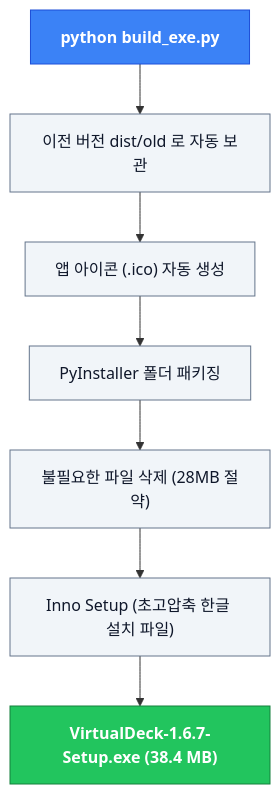
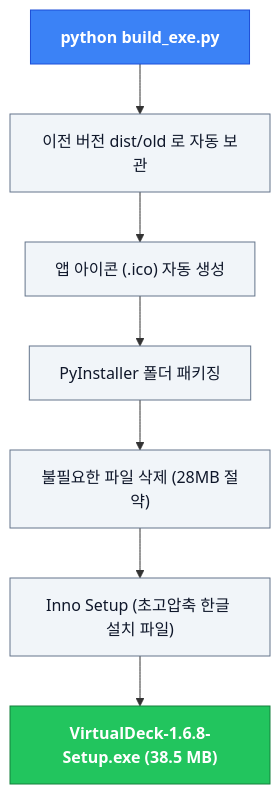
Before and after one commit to sh11025/Virtual_Deck: the seventh of 7 diagrams in README.md, drawn with Mermaid. The commit also changed other lines of this file and 12 other files, not shown here.

````diff
--- a/README.md
+++ b/README.md
@@ -348,13 +350,13 @@
 ```mermaid
 flowchart TD
     classDef head fill:#3b82f6,stroke:#1d4ed8,color:#ffffff,font-weight:bold;
     classDef box fill:#f1f5f9,stroke:#64748b,color:#0f172a;
     classDef done fill:#22c55e,stroke:#15803d,color:#ffffff,font-weight:bold;
 
     A["python build_exe.py"]:::head --> B["이전 버전 dist/old 로 자동 보관"]:::box
     B --> C["앱 아이콘 (.ico) 자동 생성"]:::box
     C --> D["PyInstaller 폴더 패키징"]:::box
     D --> E["불필요한 파일 삭제 (28MB 절약)"]:::box
     E --> F["Inno Setup (초고압축 한글 설치 파일)"]:::box
-    F --> G["VirtualDeck-1.6.7-Setup.exe (38.4 MB)"]:::done
+    F --> G["VirtualDeck-1.6.8-Setup.exe (38.5 MB)"]:::done
 ```
````
